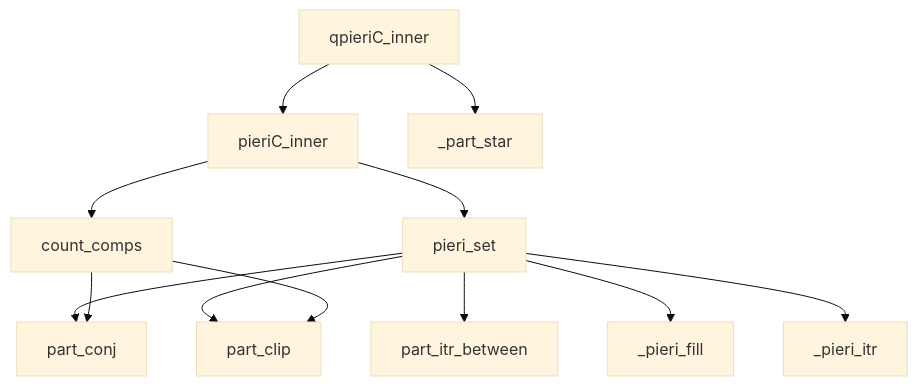
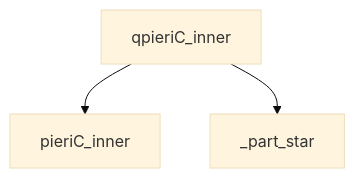
The second of 2 diagrams in pieri_typeC_algorithms.md (tranduythanh/schubertpy), drawn with Mermaid (base theme) before and after one commit. The commit also changed other lines of this file and 6 other files, not shown here.

````diff
--- a/pieri_typeC_algorithms.md
+++ b/pieri_typeC_algorithms.md
@@ -33,20 +33,6 @@
 ```mermaid
 graph TD
     %% Quantum root function
     QA[qpieriC_inner] --> PA[pieriC_inner]
     QA --> PS[_part_star]
-    
-    %% Classical dependencies through pieriC_inner
-    PA --> B[pieri_set]
-    PA --> C[count_comps]
-    
-    %% Dependencies
-    B --> D[part_conj]
-    B --> E[part_clip]
-    B --> F[part_itr_between]
-    B --> G[_pieri_fill]
-    B --> H[_pieri_itr]
-    
-    C --> D
-    C --> E
 ```
````
